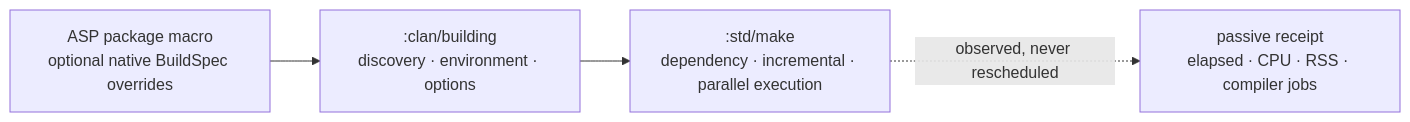
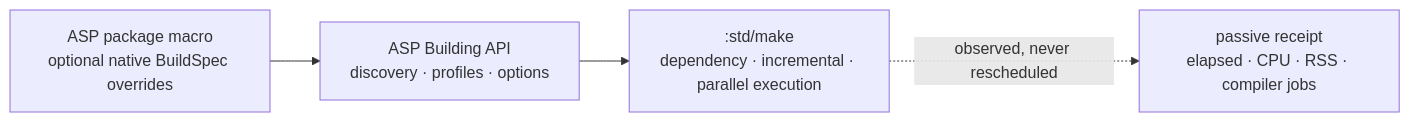
Before and after one commit to tao3k/asp-gerbil-scheme: the second of 3 diagrams in docs/30-39-building/31.08-build-graph-performance-policy.org, drawn with Mermaid. The commit also changed other lines of this file and 49 other files, not shown here.

Commit message:
refactor(build): retire clan building ownership

```diff
--- a/docs/30-39-building/31.08-build-graph-performance-policy.org
+++ b/docs/30-39-building/31.08-build-graph-performance-policy.org
@@ -99,10 +98,10 @@
 #+begin_src mermaid
 flowchart LR
   Macro["ASP package macro\noptional native BuildSpec overrides"]
-  Clan[":clan/building\ndiscovery · environment · options"]
+  Spec["ASP Building API\ndiscovery · profiles · options"]
   Make[":std/make\ndependency · incremental · parallel execution"]
   Observe["passive receipt\nelapsed · CPU · RSS · compiler jobs"]
 
-  Macro --> Clan --> Make
+  Macro --> Spec --> Make
   Make -. "observed, never rescheduled" .-> Observe
 #+end_src
```
